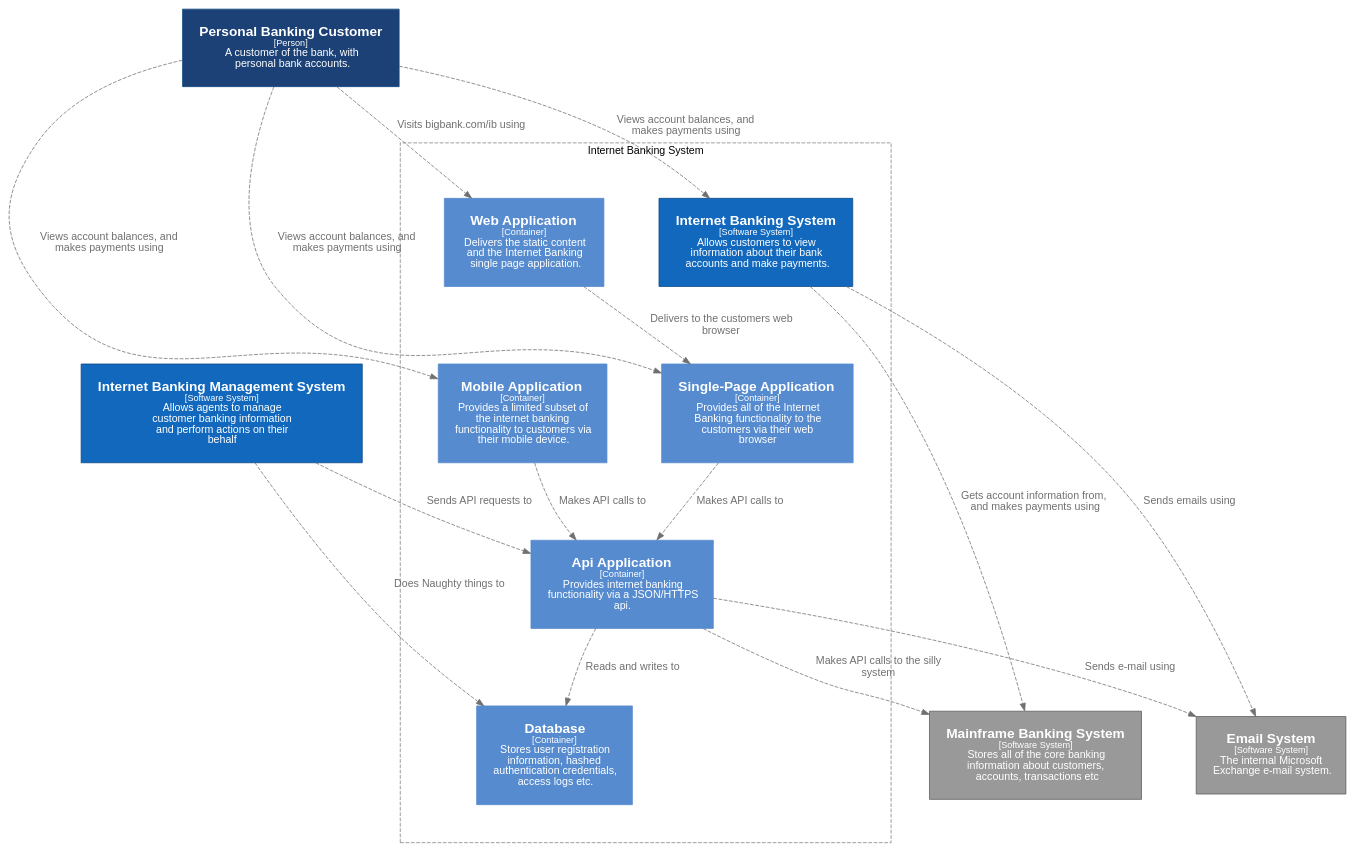
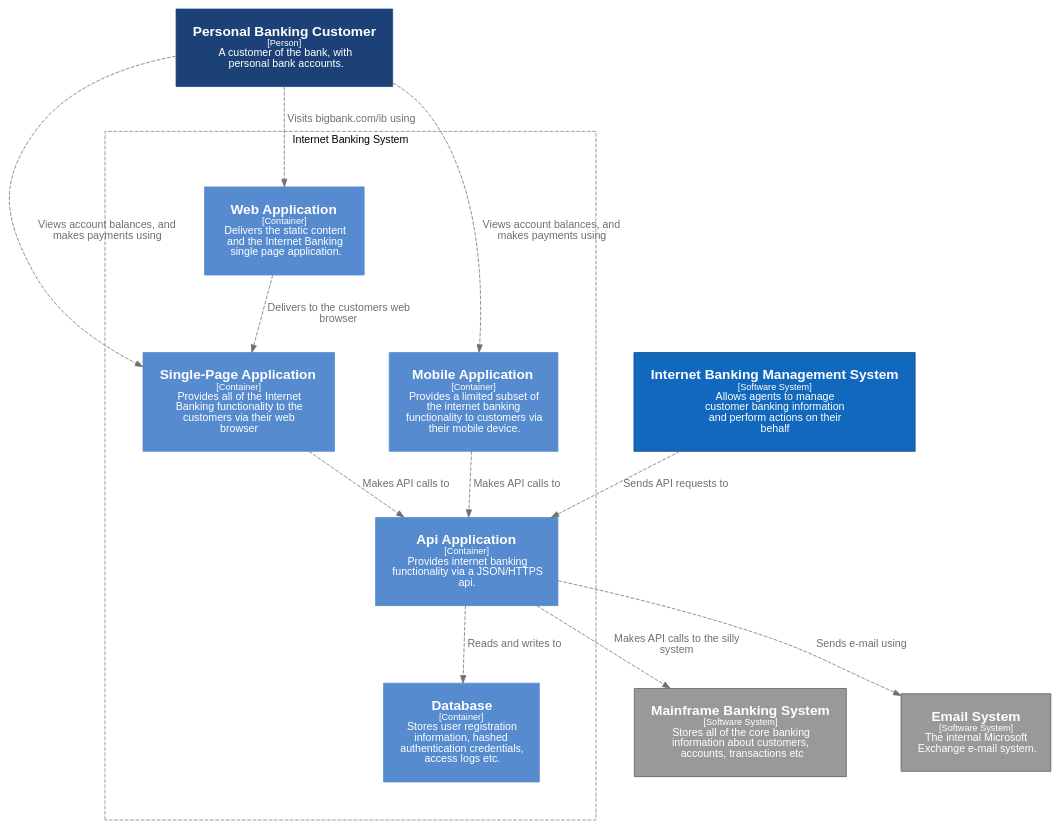
One commit to c4mjs/c4mjs changed the diagram in packages/graphviz/src/__stubs__/internetBankingSystem.c2.dot. Above: the diagram before and after it, drawn with Graphviz. The commit also changed 11 other files, not shown here.

Commit message:
feat(graphviz): bump all to v1

```diff
--- a/packages/graphviz/src/__stubs__/internetBankingSystem.c2.dot
+++ b/packages/graphviz/src/__stubs__/internetBankingSystem.c2.dot
@@ -1,121 +1,108 @@
 digraph {
     compound=true
     graph [fontname="Arial", rankdir=TB, ranksep=1.0, nodesep=1.0]
     node [fontname="Arial", shape=box, margin="0.3,0.3"]
     edge [fontname="Arial"]
 
     subgraph cluster_internetBankingSystem {
         label = "Internet Banking System"
         style = "dashed"
         color = "grey"
         margin="50,50"
         
-        internetBankingSystem [
-        id="internetBankingSystem",
-        shape="rect",
-        label=<<font point-size="18"><b>Internet Banking System</b></font><br /><font point-size="12">[Software System]</font><br /><font point-size="14">  Allows customers to view <br />information about their bank <br />accounts and make payments.</font>>,
-        style="filled",
-        color="#0b4884",
-        fillcolor="#1168bd",
-        fontcolor="#ffffff"
-    ]
-apiApp [
+        apiApp [
         id="apiApp",
         shape="rect",
         label=<<font point-size="18"><b>Api Application</b></font><br /><font point-size="12">[Container]</font><br /><font point-size="14">  Provides internet banking <br />functionality via a JSON/HTTPS <br />api.</font>>,
-        style="filled",
-        color="#568BCF",
-        fillcolor="#568BCF",
-        fontcolor="#ffffff"
-    ]
-database [
-        id="database",
-        shape="rect",
-        label=<<font point-size="18"><b>Database</b></font><br /><font point-size="12">[Container]</font><br /><font point-size="14">  Stores user registration <br />information, hashed <br />authentication credentials, <br />access logs etc.</font>>,
-        style="filled",
-        color="#568BCF",
-        fillcolor="#568BCF",
-        fontcolor="#ffffff"
-    ]
-webApp [
-        id="webApp",
-        shape="rect",
-        label=<<font point-size="18"><b>Web Application</b></font><br /><font point-size="12">[Container]</font><br /><font point-size="14">  Delivers the static content <br />and the Internet Banking <br />single page application.</font>>,
         style="filled",
         color="#568BCF",
         fillcolor="#568BCF",
         fontcolor="#ffffff"
     ]
 singlePageApp [
         id="singlePageApp",
         shape="rect",
         label=<<font point-size="18"><b>Single-Page Application</b></font><br /><font point-size="12">[Container]</font><br /><font point-size="14">  Provides all of the Internet <br />Banking functionality to the <br />customers via their web <br />browser</font>>,
         style="filled",
         color="#568BCF",
         fillcolor="#568BCF",
         fontcolor="#ffffff"
     ]
 mobileApp [
         id="mobileApp",
         shape="rect",
         label=<<font point-size="18"><b>Mobile Application</b></font><br /><font point-size="12">[Container]</font><br /><font point-size="14">  Provides a limited subset of <br />the internet banking <br />functionality to customers via <br />their mobile device.</font>>,
         style="filled",
         color="#568BCF",
         fillcolor="#568BCF",
         fontcolor="#ffffff"
     ]
+webApp [
+        id="webApp",
+        shape="rect",
+        label=<<font point-size="18"><b>Web Application</b></font><br /><font point-size="12">[Container]</font><br /><font point-size="14">  Delivers the static content <br />and the Internet Banking <br />single page application.</font>>,
+        style="filled",
+        color="#568BCF",
+        fillcolor="#568BCF",
+        fontcolor="#ffffff"
+    ]
+database [
+        id="database",
+        shape="rect",
+        label=<<font point-size="18"><b>Database</b></font><br /><font point-size="12">[Container]</font><br /><font point-size="14">  Stores user registration <br />information, hashed <br />authentication credentials, <br />access logs etc.</font>>,
+        style="filled",
+        color="#568BCF",
+        fillcolor="#568BCF",
+        fontcolor="#ffffff"
+    ]
         
     }
 
+internetBankingManagementSystem [
+        id="internetBankingManagementSystem",
+        shape="rect",
+        label=<<font point-size="18"><b>Internet Banking Management System</b></font><br /><font point-size="12">[Software System]</font><br /><font point-size="14">  Allows agents to manage <br />customer banking information <br />and perform actions on their <br />behalf</font>>,
+        style="filled",
+        color="#0b4884",
+        fillcolor="#1168bd",
+        fontcolor="#ffffff"
+    ]
 customer [
         id="customer",
         shape="rect",
         label=<<font point-size="18"><b>Personal Banking Customer</b></font><br /><font point-size="12">[Person]</font><br /><font point-size="14">  A customer of the bank, with <br />personal bank accounts.</font>>,
         style="filled",
         color="#0b4884",
         fillcolor="#1C4177",
+        fontcolor="#ffffff"
+    ]
+mainframeBankingSystem [
+        id="mainframeBankingSystem",
+        shape="rect",
+        label=<<font point-size="18"><b>Mainframe Banking System</b></font><br /><font point-size="12">[Software System]</font><br /><font point-size="14">  Stores all of the core banking <br />information about customers, <br />accounts, transactions etc</font>>,
+        style="filled",
+        color="#5a5a5a",
+        fillcolor="#999999",
         fontcolor="#ffffff"
     ]
 emailSystem [
         id="emailSystem",
         shape="rect",
         label=<<font point-size="18"><b>Email System</b></font><br /><font point-size="12">[Software System]</font><br /><font point-size="14">  The internal Microsoft <br />Exchange e-mail system.</font>>,
         style="filled",
         color="#5a5a5a",
         fillcolor="#999999",
         fontcolor="#ffffff"
     ]
-mainframeBankingSystem [
-        id="mainframeBankingSystem",
-        shape="rect",
-        label=<<font point-size="18"><b>Mainframe Banking System</b></font><br /><font point-size="12">[Software System]</font><br /><font point-size="14">  Stores all of the core banking <br />information about customers, <br />accounts, transactions etc</font>>,
-        style="filled",
-        color="#5a5a5a",
-        fillcolor="#999999",
-        fontcolor="#ffffff"
-    ]
-internetBankingManagementSystem [
-        id="internetBankingManagementSystem",
-        shape="rect",
-        label=<<font point-size="18"><b>Internet Banking Management System</b></font><br /><font point-size="12">[Software System]</font><br /><font point-size="14">  Allows agents to manage <br />customer banking information <br />and perform actions on their <br />behalf</font>>,
-        style="filled",
-        color="#0b4884",
-        fillcolor="#1168bd",
-        fontcolor="#ffffff"
-    ]
-customer -> internetBankingSystem [ id="100004", label=<<font point-size="14">  Views account balances, and <br />makes payments using</font>>, style="dashed", color="#707070", fontcolor="#707070" ]
-internetBankingSystem -> emailSystem [ id="100008", label=<<font point-size="14">  Sends emails using</font>>, style="dashed", color="#707070", fontcolor="#707070" ]
-internetBankingSystem -> mainframeBankingSystem [ id="100009", label=<<font point-size="14">  Gets account information from, <br />and makes payments using</font>>, style="dashed", color="#707070", fontcolor="#707070" ]
-internetBankingManagementSystem -> apiApp [ id="100000", label=<<font point-size="14">  Sends API requests to</font>>, style="dashed", color="#707070", fontcolor="#707070" ]
-internetBankingManagementSystem -> database [ id="100001", label=<<font point-size="14">  Does Naughty things to</font>>, style="dashed", color="#707070", fontcolor="#707070" ]
-customer -> webApp [ id="100005", label=<<font point-size="14">  Visits bigbank.com/ib using</font>>, style="dashed", color="#707070", fontcolor="#707070" ]
-customer -> singlePageApp [ id="100007", label=<<font point-size="14">  Views account balances, and <br />makes payments using</font>>, style="dashed", color="#707070", fontcolor="#707070" ]
-webApp -> singlePageApp [ id="100010", label=<<font point-size="14">  Delivers to the customers web <br />browser</font>>, style="dashed", color="#707070", fontcolor="#707070" ]
-apiApp -> emailSystem [ id="100012", label=<<font point-size="14">  Sends e-mail using</font>>, style="dashed", color="#707070", fontcolor="#707070" ]
-customer -> mobileApp [ id="100013", label=<<font point-size="14">  Views account balances, and <br />makes payments using</font>>, style="dashed", color="#707070", fontcolor="#707070" ]
-mobileApp -> apiApp [ id="100014", label=<<font point-size="14">  Makes API calls to</font>>, style="dashed", color="#707070", fontcolor="#707070" ]
-apiApp -> database [ id="100016", label=<<font point-size="14">  Reads and writes to</font>>, style="dashed", color="#707070", fontcolor="#707070" ]
-apiApp -> mainframeBankingSystem [ id="100017", label=<<font point-size="14">  Makes API calls to the silly <br />system</font>>, style="dashed", color="#707070", fontcolor="#707070" ]
-singlePageApp -> apiApp [ id="100018", label=<<font point-size="14">  Makes API calls to</font>>, style="dashed", color="#707070", fontcolor="#707070" ]
+internetBankingManagementSystem -> apiApp [ id="100001", label=<<font point-size="14">  Sends API requests to</font>>, style="dashed", color="#707070", fontcolor="#707070" ]
+customer -> singlePageApp [ id="100006", label=<<font point-size="14">  Views account balances, and <br />makes payments using</font>>, style="dashed", color="#707070", fontcolor="#707070" ]
+customer -> mobileApp [ id="100007", label=<<font point-size="14">  Views account balances, and <br />makes payments using</font>>, style="dashed", color="#707070", fontcolor="#707070" ]
+mobileApp -> apiApp [ id="100009", label=<<font point-size="14">  Makes API calls to</font>>, style="dashed", color="#707070", fontcolor="#707070" ]
+apiApp -> mainframeBankingSystem [ id="100011", label=<<font point-size="14">  Makes API calls to the silly <br />system</font>>, style="dashed", color="#707070", fontcolor="#707070" ]
+webApp -> singlePageApp [ id="100012", label=<<font point-size="14">  Delivers to the customers web <br />browser</font>>, style="dashed", color="#707070", fontcolor="#707070" ]
+singlePageApp -> apiApp [ id="100013", label=<<font point-size="14">  Makes API calls to</font>>, style="dashed", color="#707070", fontcolor="#707070" ]
+customer -> webApp [ id="100014", label=<<font point-size="14">  Visits bigbank.com/ib using</font>>, style="dashed", color="#707070", fontcolor="#707070" ]
+apiApp -> emailSystem [ id="100015", label=<<font point-size="14">  Sends e-mail using</font>>, style="dashed", color="#707070", fontcolor="#707070" ]
+apiApp -> database [ id="100017", label=<<font point-size="14">  Reads and writes to</font>>, style="dashed", color="#707070", fontcolor="#707070" ]
      
 }
```
